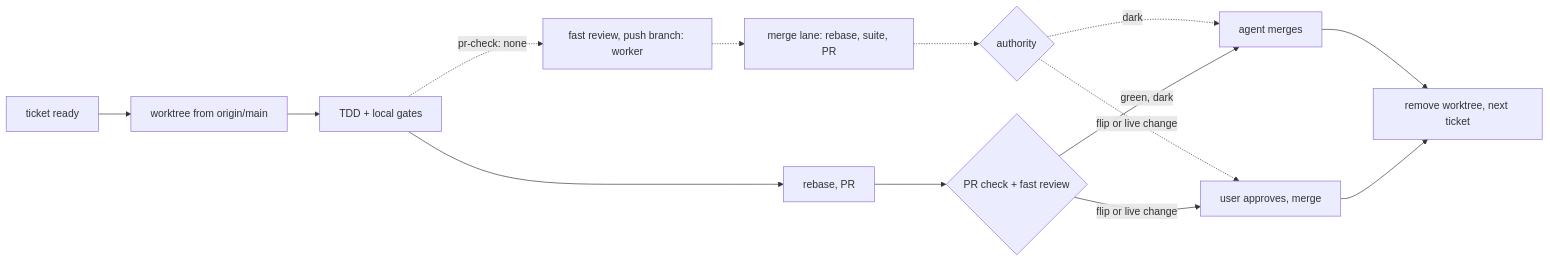
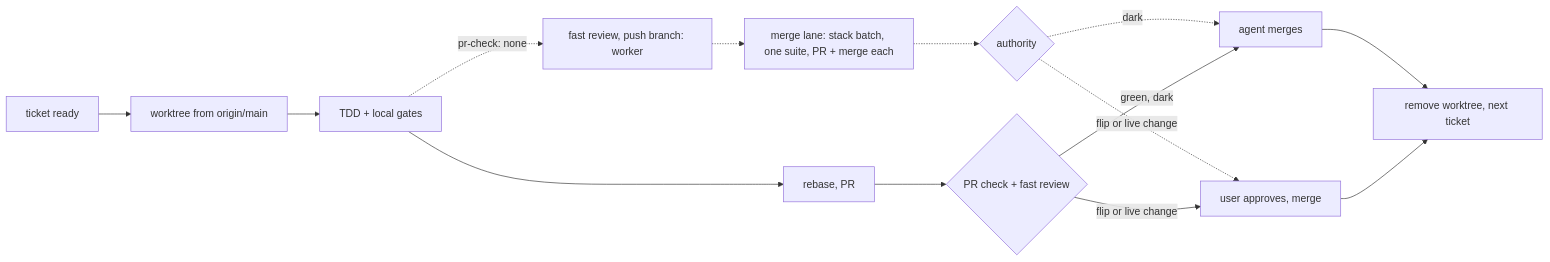
One commit to ivanDsky/skills changed the diagram in skills/ship-to-trunk/SKILL.md. Above: the diagram before and after it, drawn with Mermaid. The commit also changed other lines of this file and 5 other files, not shown here.

Commit message:
feat(ship-to-trunk): batched orchestrator merge lane for pr-check none

````diff
--- a/skills/ship-to-trunk/SKILL.md
+++ b/skills/ship-to-trunk/SKILL.md
@@ -62,14 +63,14 @@
 ```mermaid
 flowchart LR
   A[ticket ready] --> B[worktree from origin/main]
   B --> C[TDD + local gates]
   C --> D[rebase, PR]
   D --> E{PR check + fast review}
-  C -.->|pr-check: none| N[fast review, push branch: worker] -.-> L[merge lane: rebase, suite, PR] -.-> E2{authority}
+  C -.->|pr-check: none| N[fast review, push branch: worker] -.-> L[merge lane: stack batch, one suite, PR + merge each] -.-> E2{authority}
   E2 -.->|dark| F
   E2 -.->|flip or live change| G
   E -->|green, dark| F[agent merges]
   E -->|flip or live change| G[user approves, merge]
   F --> H[remove worktree, next ticket]
   G --> H
 ```
````
